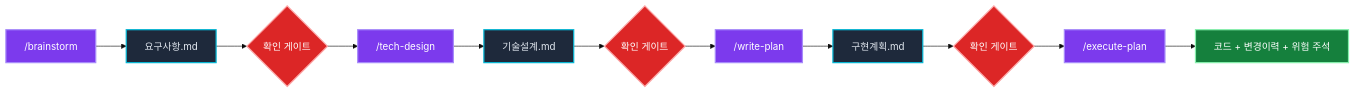
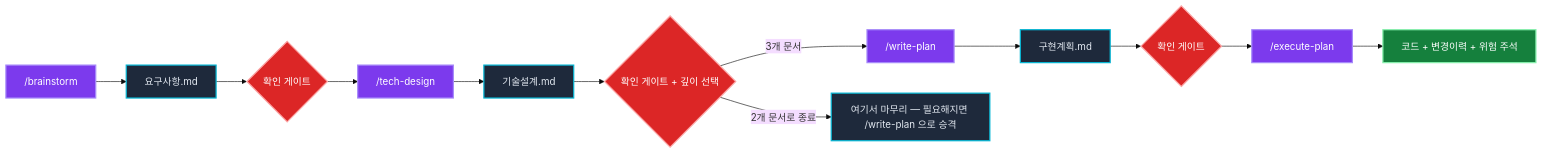
One commit to LonerStayle/js-super changed the first of 7 diagrams in README.md. Above: the diagram before and after it, drawn with Mermaid (base theme). The commit also changed other lines of this file, not shown here.

````diff
--- a/README.md
+++ b/README.md
@@ -78,18 +78,19 @@
 ```mermaid
 flowchart LR
     classDef cmd fill:#7c3aed,stroke:#a78bfa,color:#fff,stroke-width:2px
     classDef doc fill:#1e293b,stroke:#06b6d4,color:#e2e8f0,stroke-width:2px
     classDef gate fill:#dc2626,stroke:#fca5a5,color:#fff,stroke-width:2px
     classDef out fill:#15803d,stroke:#86efac,color:#fff,stroke-width:2px
 
     A["/brainstorm"]:::cmd --> B[요구사항.md]:::doc
     B --> G1{확인 게이트}:::gate
     G1 --> C["/tech-design"]:::cmd
     C --> D[기술설계.md]:::doc
-    D --> G2{확인 게이트}:::gate
-    G2 --> E["/write-plan"]:::cmd
+    D --> G2{확인 게이트 + 깊이 선택}:::gate
+    G2 -->|3개 문서| E["/write-plan"]:::cmd
+    G2 -->|2개 문서로 종료| Z[여기서 마무리 — 필요해지면 /write-plan 으로 승격]:::doc
     E --> F[구현계획.md]:::doc
     F --> G3{확인 게이트}:::gate
     G3 --> H["/execute-plan"]:::cmd
     H --> I[코드 + 변경이력 + 위험 주석]:::out
 ```
````
